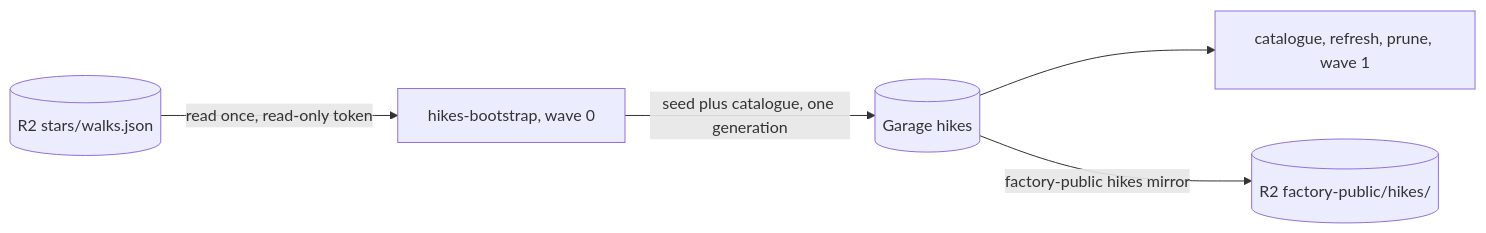
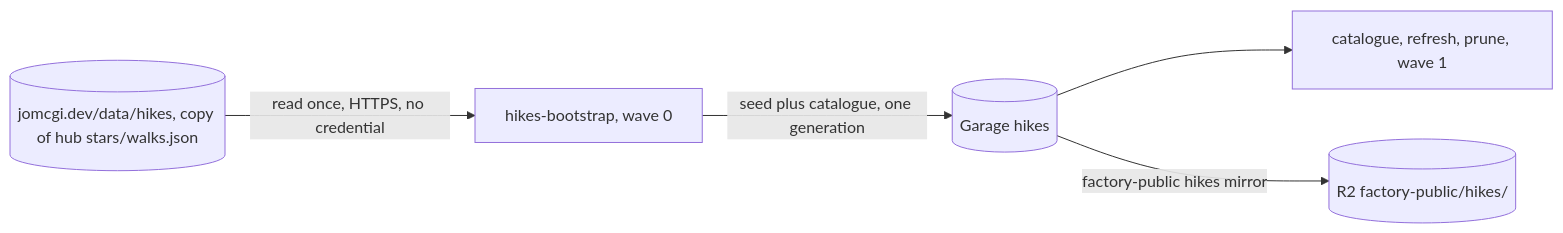
One commit to jomcgi-org/homelab changed the diagram in projects/hikes/README.md. Above: the diagram before and after it, drawn with Mermaid. The commit also changed other lines of this file and 7 other files, not shown here.

First line of the commit message:
fix(hikes): seed the bootstrap from the public site copy

````diff
--- a/projects/hikes/README.md
+++ b/projects/hikes/README.md
@@ -20,7 +20,7 @@
 ```mermaid
 flowchart LR
-  hub[("R2 stars/walks.json")] -- "read once, read-only token" --> boot["hikes-bootstrap, wave 0"]
+  site[("jomcgi.dev/data/hikes, copy of hub stars/walks.json")] -- "read once, HTTPS, no credential" --> boot["hikes-bootstrap, wave 0"]
   boot -- "seed plus catalogue, one generation" --> garage[("Garage hikes")]
   garage --> cron["catalogue, refresh, prune, wave 1"]
   garage -- "factory-public hikes mirror" --> r2[("R2 factory-public/hikes/")]
 ```
````
